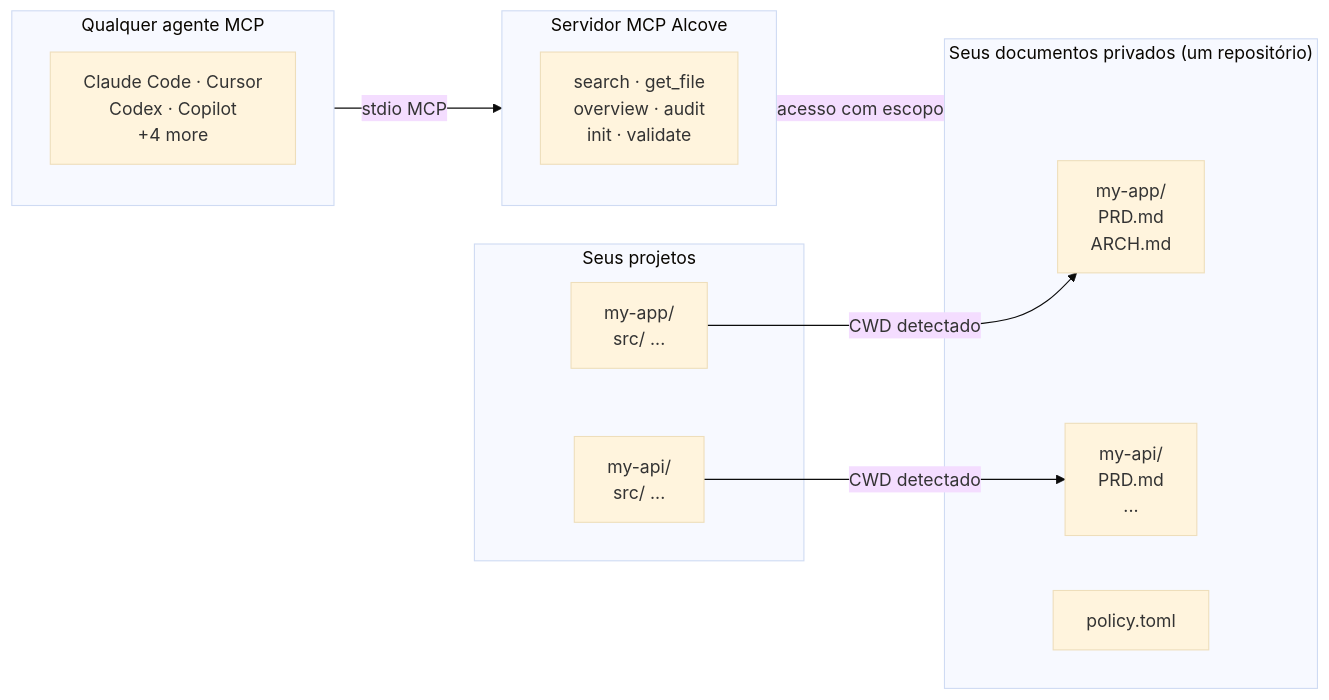
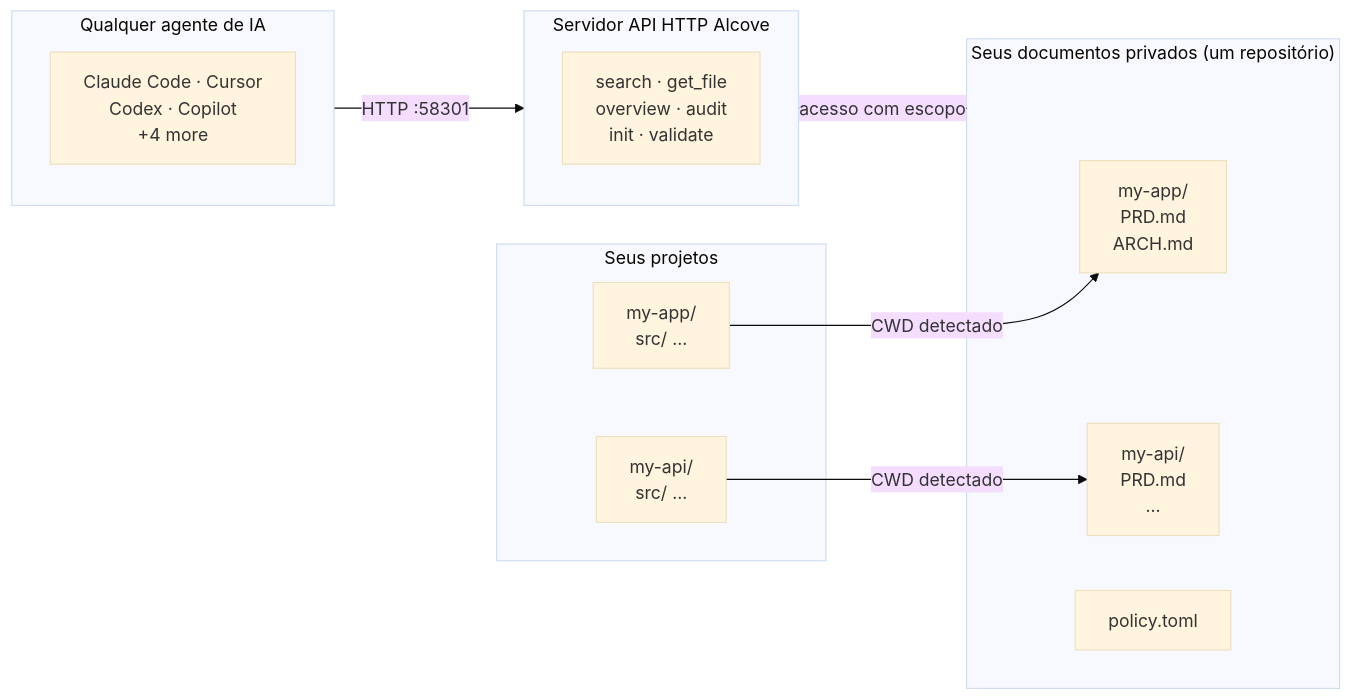
Before and after one commit to epicsagas/alcove: the diagram in docs/README.pt-BR.md, drawn with Mermaid (base theme). The commit also changed other lines of this file and 9 other files, not shown here.

````diff
--- a/docs/README.pt-BR.md
+++ b/docs/README.pt-BR.md
@@ -286,26 +303,26 @@
 ```mermaid
 flowchart LR
     subgraph Projects["Seus projetos"]
         A1["my-app/\n  src/ ..."]
         A2["my-api/\n  src/ ..."]
     end
 
     subgraph Docs["Seus documentos privados (um repositório)"]
         D1["my-app/\n  PRD.md\n  ARCH.md"]
         D2["my-api/\n  PRD.md\n  ..."]
         P1["policy.toml"]
     end
 
-    subgraph Agents["Qualquer agente MCP"]
+    subgraph Agents["Qualquer agente de IA"]
         AG["Claude Code · Cursor\nCodex · Copilot\n+4 more"]
     end
 
-    subgraph MCP["Servidor MCP Alcove"]
+    subgraph API["Servidor API HTTP Alcove"]
         T["search · get_file\noverview · audit\ninit · validate"]
     end
 
     A1 -- "CWD detectado" --> D1
     A2 -- "CWD detectado" --> D2
-    Agents -- "stdio MCP" --> MCP
-    MCP -- "acesso com escopo" --> Docs
+    Agents -- "HTTP :58301" --> API
+    API -- "acesso com escopo" --> Docs
 ```
````
